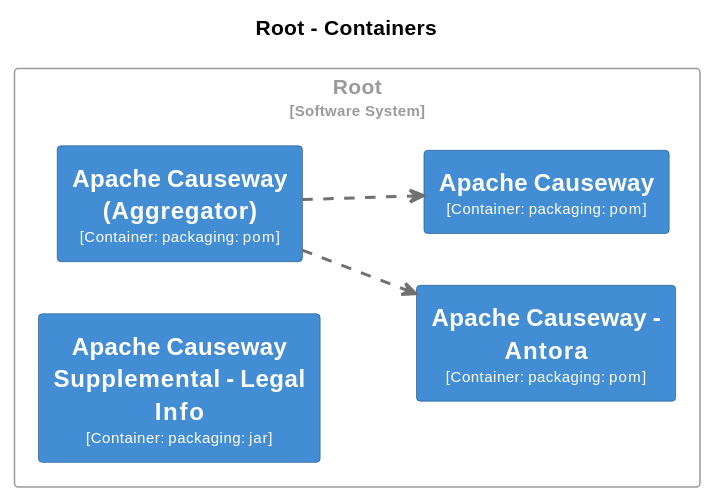
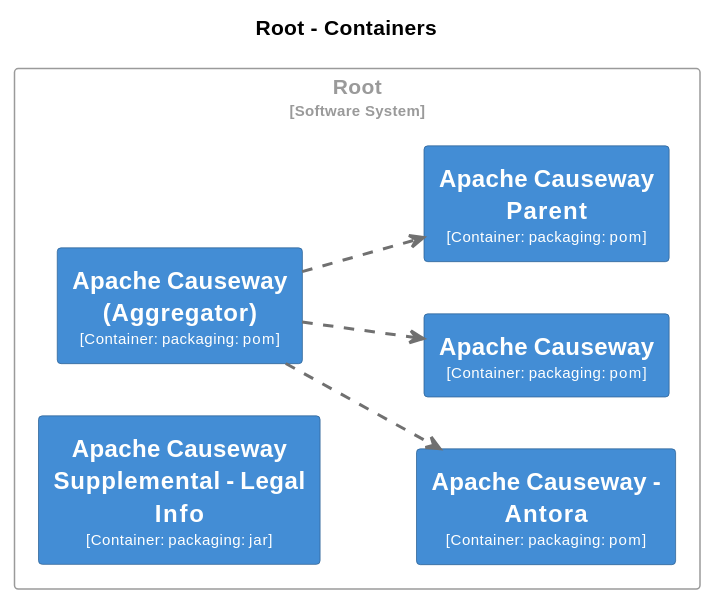
One commit to apache/causeway changed the fourth of 31 diagrams in core/adoc/modules/_overview/pages/about.adoc. Above: the diagram before and after it, drawn with PlantUML. The commit also changed other lines of this file and 186 other files, not shown here.

```diff
--- a/core/adoc/modules/_overview/pages/about.adoc
+++ b/core/adoc/modules/_overview/pages/about.adoc
@@ -671,58 +646,66 @@
 [plantuml,Root,svg]
 ----
 @startuml
 set separator none
 title Root - Containers
 
 left to right direction
 
 skinparam {
   arrowFontSize 10
   defaultTextAlignment center
   wrapWidth 200
   maxMessageSize 100
 }
 
 hide stereotype
 
 skinparam rectangle<<Root.ApacheCauseway>> {
   BackgroundColor #438dd5
   FontColor #fffffe
   BorderColor #2e6295
   shadowing false
 }
 skinparam rectangle<<Root.ApacheCausewayAggregator>> {
   BackgroundColor #438dd5
   FontColor #fffffe
   BorderColor #2e6295
   shadowing false
 }
 skinparam rectangle<<Root.ApacheCausewayAntora>> {
   BackgroundColor #438dd5
   FontColor #fffffe
   BorderColor #2e6295
   shadowing false
 }
+skinparam rectangle<<Root.ApacheCausewayParent>> {
+  BackgroundColor #438dd5
+  FontColor #fffffe
+  BorderColor #2e6295
+  shadowing false
+}
 skinparam rectangle<<Root.ApacheCausewaySupplementalLegalInfo>> {
   BackgroundColor #438dd5
   FontColor #fffffe
   BorderColor #2e6295
   shadowing false
 }
 skinparam rectangle<<Root>> {
   BorderColor #9a9a9a
   FontColor #9a9a9a
   shadowing false
 }
 
 rectangle "Root\n<size:10>[Software System]</size>" <<Root>> {
   rectangle "==Apache Causeway (Aggregator)\n<size:10>[Container: packaging: pom]</size>" <<Root.ApacheCausewayAggregator>> as Root.ApacheCausewayAggregator
   rectangle "==Apache Causeway - Antora\n<size:10>[Container: packaging: pom]</size>" <<Root.ApacheCausewayAntora>> as Root.ApacheCausewayAntora
   rectangle "==Apache Causeway\n<size:10>[Container: packaging: pom]</size>" <<Root.ApacheCauseway>> as Root.ApacheCauseway
+  rectangle "==Apache Causeway Parent\n<size:10>[Container: packaging: pom]</size>" <<Root.ApacheCausewayParent>> as Root.ApacheCausewayParent
   rectangle "==Apache Causeway Supplemental - Legal Info\n<size:10>[Container: packaging: jar]</size>" <<Root.ApacheCausewaySupplementalLegalInfo>> as Root.ApacheCausewaySupplementalLegalInfo
 }
 
 Root.ApacheCausewayAggregator .[#707070,thickness=2].> Root.ApacheCausewayAntora : "<color:#707070>"
 Root.ApacheCausewayAggregator .[#707070,thickness=2].> Root.ApacheCauseway : "<color:#707070>"
+Root.ApacheCausewayAggregator .[#707070,thickness=2].> Root.ApacheCausewayParent : "<color:#707070>"
 @enduml
 ----
```
